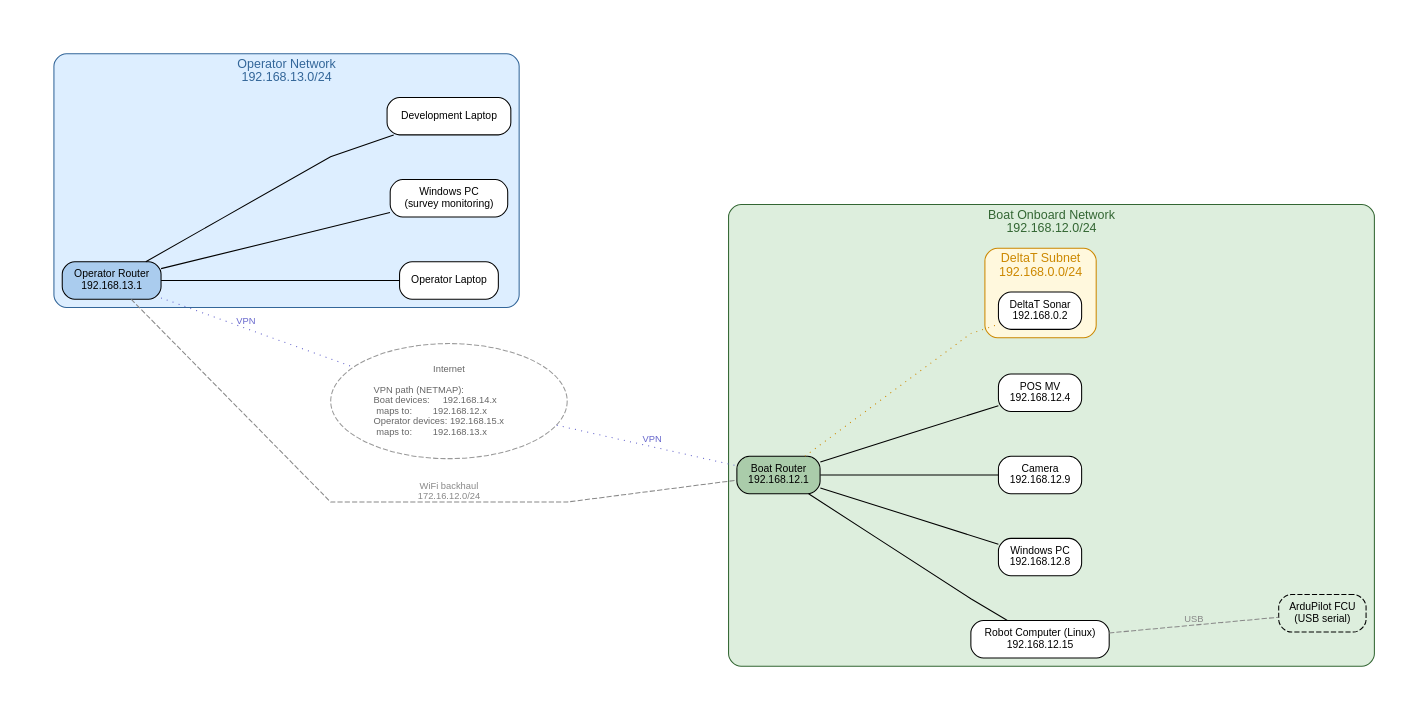
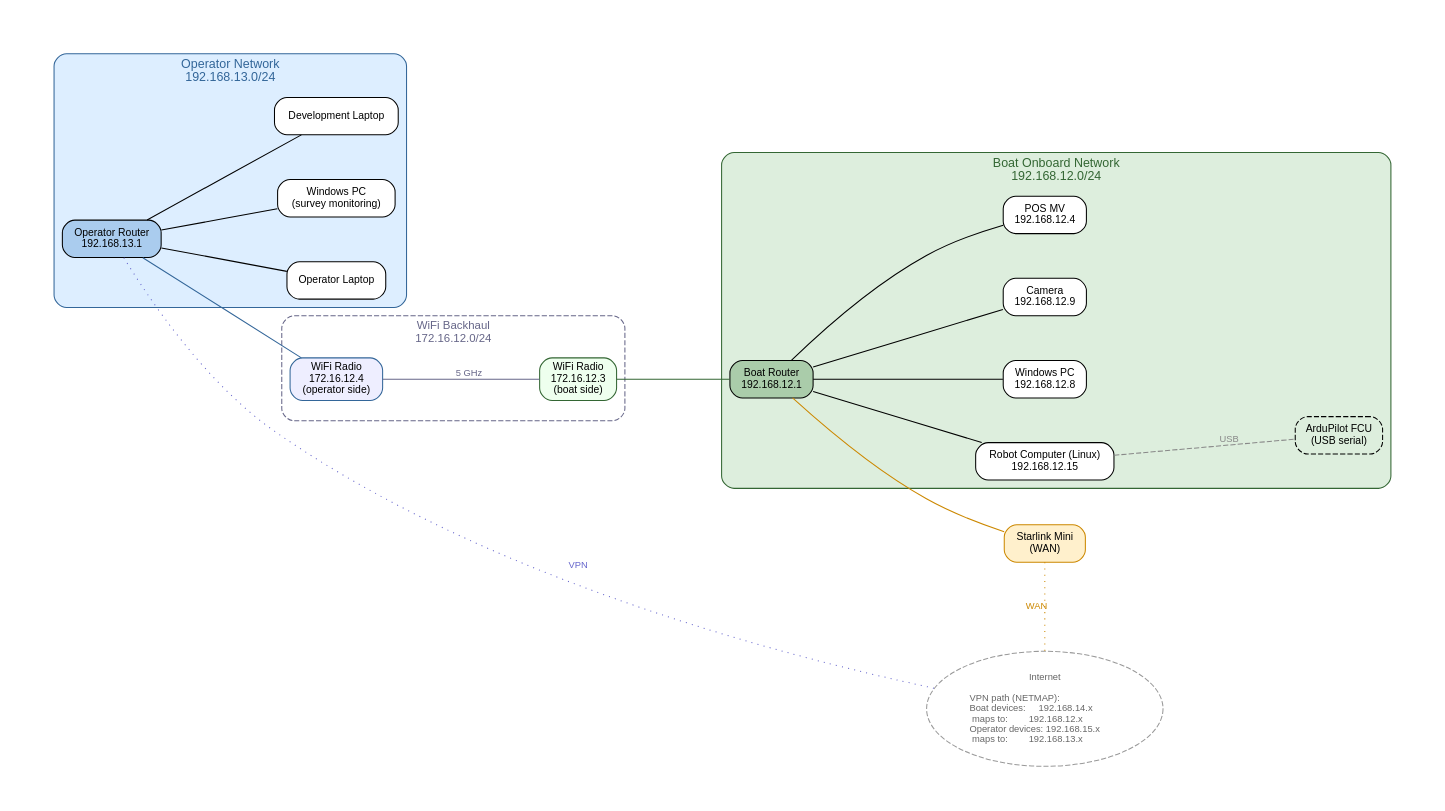
One commit to rolker/izzyboat_project11 changed the diagram in docs/izzyboat_network.dot. Above: the diagram before and after it, drawn with Graphviz. The commit also changed 1 other file, not shown here.

Commit message:
Update network diagram per review feedback (#6)
- Remove DeltaT subnet (not relevant at this level of detail)
- Add explicit WiFi radio nodes with IPs (172.16.12.3/4) in labeled cluster
- Show operator → WiFi → boat chain on the same horizontal plane
- Add Starlink Mini as boat WAN uplink connecting to Internet node

```diff
--- a/docs/izzyboat_network.dot
+++ b/docs/izzyboat_network.dot
@@ -1,103 +1,118 @@
 graph izzyboat_network {
     graph [
         rankdir=LR
         fontname="Helvetica"
         fontsize=11
         pad=0.5
-        splines=polyline
         nodesep=0.6
-        ranksep=2.0
+        ranksep=1.5
     ]
     node [
         fontname="Helvetica"
         fontsize=10
         shape=box
         style="filled,rounded"
         fillcolor=white
     ]
     edge [
         fontname="Helvetica"
         fontsize=9
     ]
 
     // ── OPERATOR SIDE ────────────────────────────────────────
     subgraph cluster_operator {
         label="Operator Network\n192.168.13.0/24"
         style="filled,rounded"
         fillcolor="#ddeeff"
         color="#336699"
         fontcolor="#336699"
         fontsize=12
 
         op_router [label="Operator Router\n192.168.13.1" fillcolor="#aaccee"]
         op_laptop  [label="Operator Laptop"]
         op_survey  [label="Windows PC\n(survey monitoring)"]
         op_dev     [label="Development Laptop"]
 
         op_router -- op_laptop
         op_router -- op_survey
         op_router -- op_dev
     }
 
-    // ── INTERNET / CLOUD (centre) ────────────────────────────
-    // NETMAP translates addresses for VPN path selection:
-    //   192.168.14.x  →  192.168.12.x  (reach boat devices via VPN)
-    //   192.168.15.x  →  192.168.13.x  (reach operator devices via VPN)
-    internet [
-        label="Internet\n\nVPN path (NETMAP):\lBoat devices:     192.168.14.x\l  maps to:        192.168.12.x\lOperator devices: 192.168.15.x\l  maps to:        192.168.13.x\l"
-        shape=ellipse
-        style="dashed"
-        color="#999999"
-        fontcolor="#666666"
-        fillcolor="#f5f5f5"
-        fontsize=9
-    ]
+    // ── WIFI BACKHAUL ────────────────────────────────────────
+    // Dedicated 5 GHz point-to-point MikroTik link
+    subgraph cluster_wifi {
+        label="WiFi Backhaul\n172.16.12.0/24"
+        style="dashed,rounded"
+        color="#666688"
+        fontcolor="#666688"
+        fillcolor="#f4f4ff"
+        fontsize=11
+
+        wifi_op   [label="WiFi Radio\n172.16.12.4\n(operator side)" fillcolor="#eeeeff" color="#336699"]
+        wifi_boat [label="WiFi Radio\n172.16.12.3\n(boat side)"     fillcolor="#eeffee" color="#336633"]
+
+        wifi_op -- wifi_boat [label="5 GHz" color="#666688" fontcolor="#666688"]
+    }
 
     // ── BOAT SIDE ────────────────────────────────────────────
     subgraph cluster_boat {
         label="Boat Onboard Network\n192.168.12.0/24"
         style="filled,rounded"
         fillcolor="#ddeedd"
         color="#336633"
         fontcolor="#336633"
         fontsize=12
 
         boat_router  [label="Boat Router\n192.168.12.1"          fillcolor="#aaccaa"]
         robot_linux  [label="Robot Computer (Linux)\n192.168.12.15"]
         boat_windows [label="Windows PC\n192.168.12.8"]
         camera       [label="Camera\n192.168.12.9"]
         posmv        [label="POS MV\n192.168.12.4"]
         fcu          [label="ArduPilot FCU\n(USB serial)"
                       style="dashed,rounded" fillcolor="#f8f8f8"]
 
-        subgraph cluster_deltat {
-            label="DeltaT Subnet\n192.168.0.0/24"
-            style="filled,rounded"
-            fillcolor="#fff8dd"
-            color="#cc8800"
-            fontcolor="#cc8800"
-            deltat [label="DeltaT Sonar\n192.168.0.2"]
-        }
-
         boat_router -- robot_linux
         boat_router -- boat_windows
         boat_router -- camera
         boat_router -- posmv
-        boat_router -- deltat  [style=dotted color="#cc8800"]
-        robot_linux -- fcu     [label="USB" style=dashed color="#888888" fontcolor="#888888"]
+        robot_linux -- fcu [label="USB" style=dashed color="#888888" fontcolor="#888888"]
+    }
+
+    // ── STARLINK + INTERNET ───────────────────────────────────
+    // NETMAP translates addresses for VPN path selection:
+    //   192.168.14.x  →  192.168.12.x  (reach boat devices via VPN)
+    //   192.168.15.x  →  192.168.13.x  (reach operator devices via VPN)
+    subgraph cluster_internet {
+        label=""
+        style=invis
+
+        starlink [label="Starlink Mini\n(WAN)" fillcolor="#fff0cc" color="#cc8800"]
+
+        internet [
+            label="Internet\n\nVPN path (NETMAP):\lBoat devices:     192.168.14.x\l  maps to:        192.168.12.x\lOperator devices: 192.168.15.x\l  maps to:        192.168.13.x\l"
+            shape=ellipse
+            style="dashed"
+            color="#999999"
+            fontcolor="#666666"
+            fillcolor="#f5f5f5"
+            fontsize=9
+        ]
     }
 
     // ── INTER-NETWORK LINKS ───────────────────────────────────
 
-    // WiFi backhaul — direct, de-emphasised
-    op_router -- boat_router [
-        label="WiFi backhaul\n172.16.12.0/24"
-        style=dashed
-        color="#888888"
-        fontcolor="#888888"
-    ]
+    // WiFi chain: operator router → radio → radio → boat router
+    op_router -- wifi_op   [color="#336699"]
+    wifi_boat -- boat_router [color="#336633"]
 
-    // VPN path — routed through internet/cloud
-    op_router -- internet [style=dotted color="#6666cc" label="VPN" fontcolor="#6666cc"]
-    internet -- boat_router [style=dotted color="#6666cc" label="VPN" fontcolor="#6666cc"]
+    // Starlink WAN → internet
+    boat_router -- starlink [color="#cc8800"]
+    starlink    -- internet [style=dotted color="#cc8800" label="WAN" fontcolor="#cc8800"]
+
+    // VPN path from operator to internet
+    // constraint=false prevents this edge from pulling internet to the bottom
+    op_router -- internet [style=dotted color="#6666cc" label="VPN" fontcolor="#6666cc" constraint=false]
+
+    // Force Starlink and Internet to the rightmost column
+    {rank=max; internet; starlink}
 }
```
